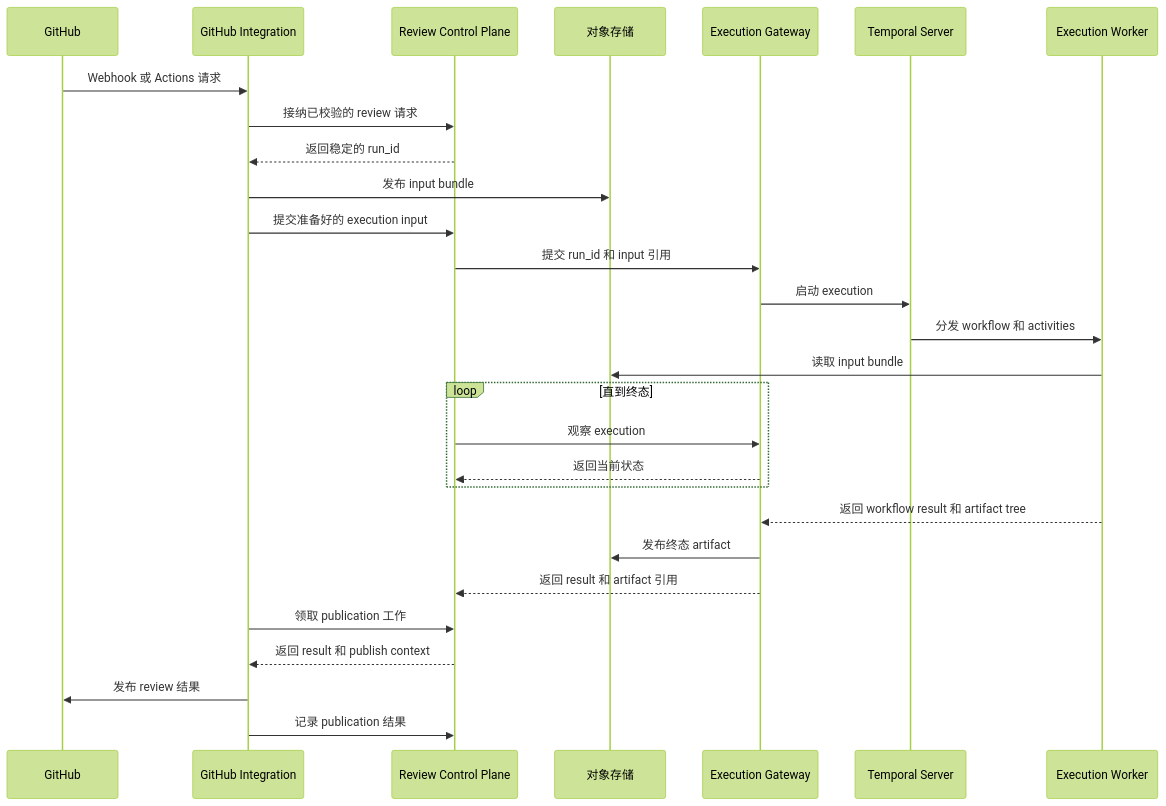
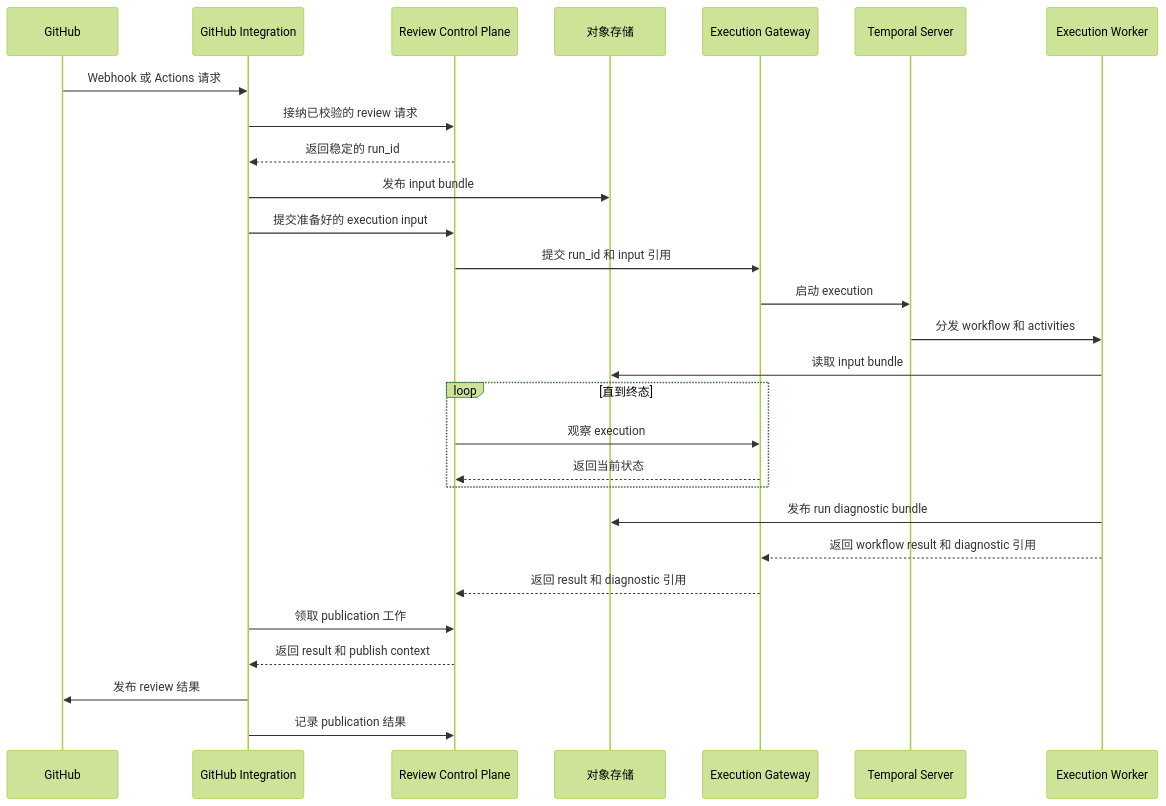
Before and after one commit to Agent-AI-Chalmers/sec-review-bot: the first of 2 diagrams in docs/architecture/SYSTEM_ARCHITECTURE.zh.md, drawn with Mermaid (forest theme). The commit also changed other lines of this file and 49 other files, not shown here.

First line of the commit message:
refactor: let execution workers publish run diagnostics (#153)

````diff
--- a/docs/architecture/SYSTEM_ARCHITECTURE.zh.md
+++ b/docs/architecture/SYSTEM_ARCHITECTURE.zh.md
@@ -31,31 +31,31 @@
 ```mermaid
 sequenceDiagram
   participant GitHub
   participant Integration as GitHub Integration
   participant Control as Review Control Plane
   participant Storage as 对象存储
   participant Gateway as Execution Gateway
   participant Temporal as Temporal Server
   participant ExecutionWorker as Execution Worker
 
   GitHub->>Integration: Webhook 或 Actions 请求
   Integration->>Control: 接纳已校验的 review 请求
   Control-->>Integration: 返回稳定的 run_id
   Integration->>Storage: 发布 input bundle
   Integration->>Control: 提交准备好的 execution input
   Control->>Gateway: 提交 run_id 和 input 引用
   Gateway->>Temporal: 启动 execution
   Temporal->>ExecutionWorker: 分发 workflow 和 activities
   ExecutionWorker->>Storage: 读取 input bundle
   loop 直到终态
     Control->>Gateway: 观察 execution
     Gateway-->>Control: 返回当前状态
   end
-  ExecutionWorker-->>Gateway: 返回 workflow result 和 artifact tree
-  Gateway->>Storage: 发布终态 artifact
-  Gateway-->>Control: 返回 result 和 artifact 引用
+  ExecutionWorker->>Storage: 发布 run diagnostic bundle
+  ExecutionWorker-->>Gateway: 返回 workflow result 和 diagnostic 引用
+  Gateway-->>Control: 返回 result 和 diagnostic 引用
   Integration->>Control: 领取 publication 工作
   Control-->>Integration: 返回 result 和 publish context
   Integration->>GitHub: 发布 review 结果
   Integration->>Control: 记录 publication 结果
 ```
````
